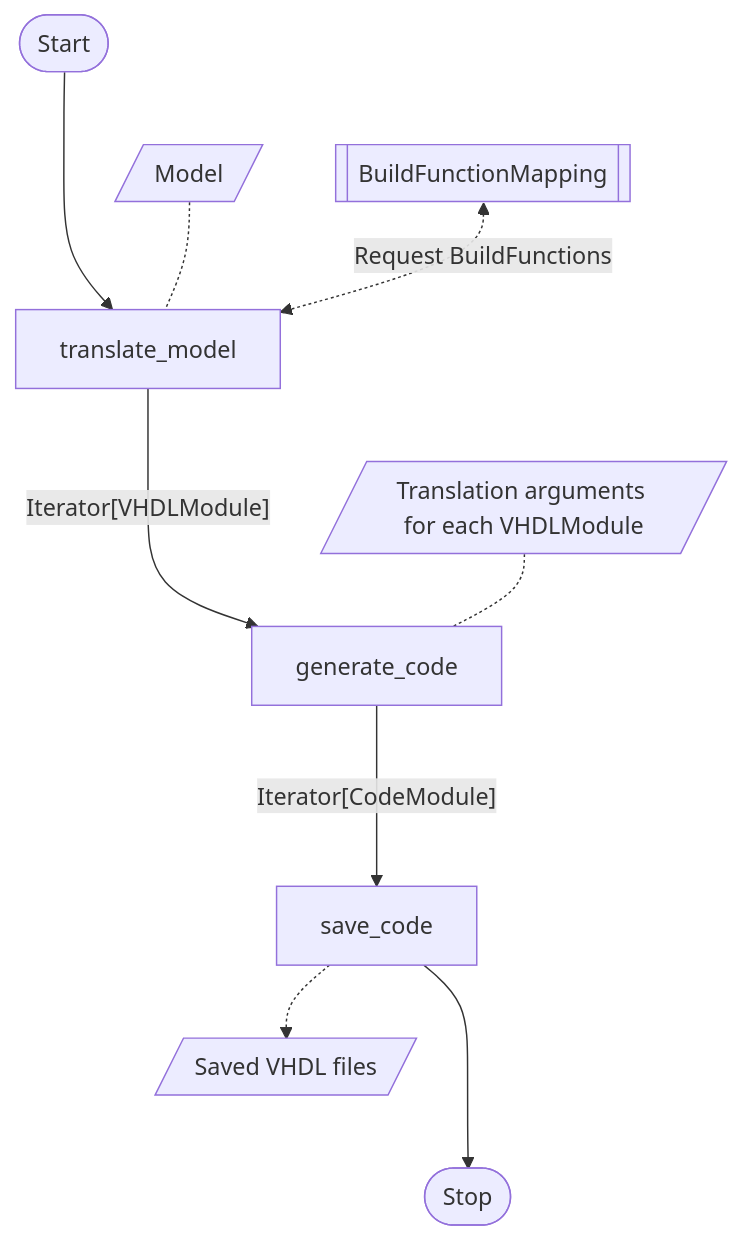
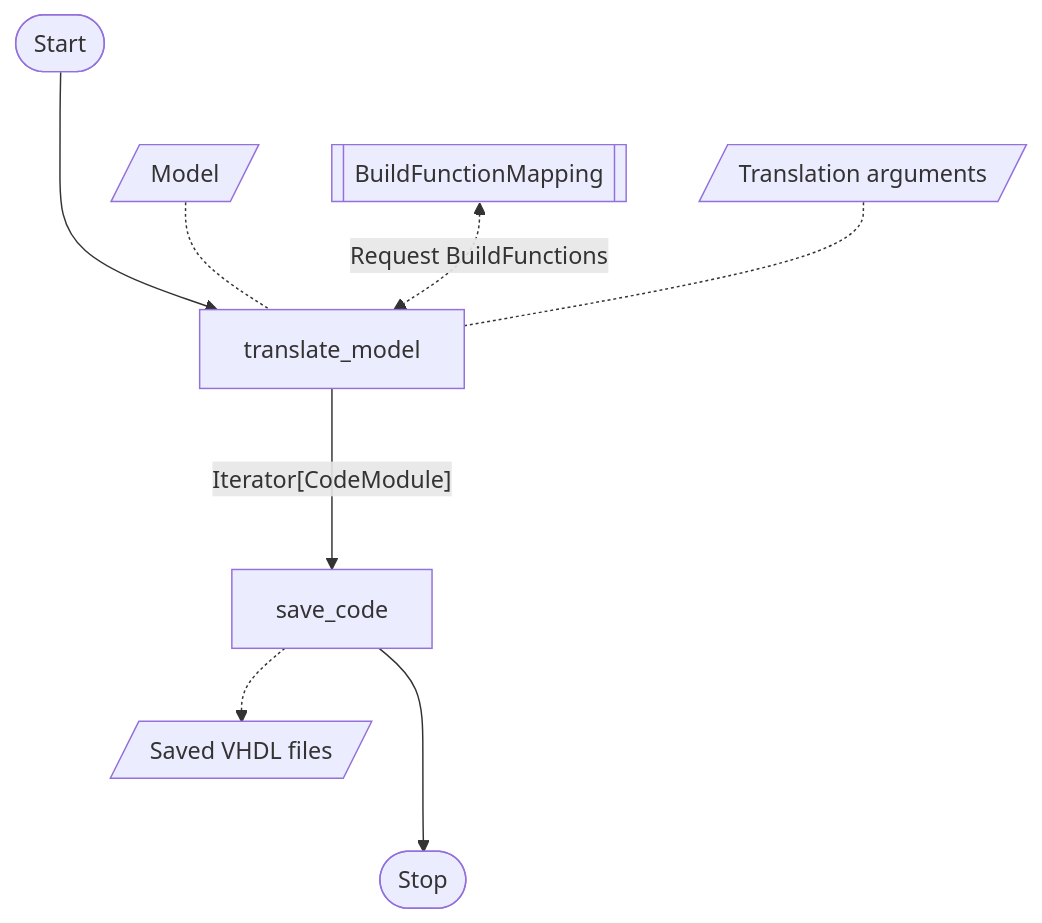
One commit to es-ude/elastic-ai.creator changed the third of 3 diagrams in elasticai/creator/vhdl/README.md. Above: the diagram before and after it, drawn with Mermaid. The commit also changed other lines of this file and 3 other files, not shown here.

Commit message:
feat(vhdl): merge translate_model and generate_code functions

````diff
--- a/elasticai/creator/vhdl/README.md
+++ b/elasticai/creator/vhdl/README.md
@@ -105,11 +105,10 @@
 ```mermaid
 flowchart TD
 start([Start]) ---> translate_model
-translate_model ---> |"Iterator[VHDLModule]"| generate_code
-generate_code ---> |"Iterator[CodeModule]"| save_code
+translate_model ---> |"Iterator[CodeModule]"| save_code
 save_code ---> stop([Stop])
 model[/Model/] -.- translate_model
 build_function_mapping[[BuildFunctionMapping]] <-.-> |Request BuildFunctions| translate_model
-translation_args[/Translation arguments for each VHDLModule/] -.- generate_code
+translation_args[/Translation arguments/] -.- translate_model
 save_code -.-> saved_data[/Saved VHDL files/]
 ```
````
